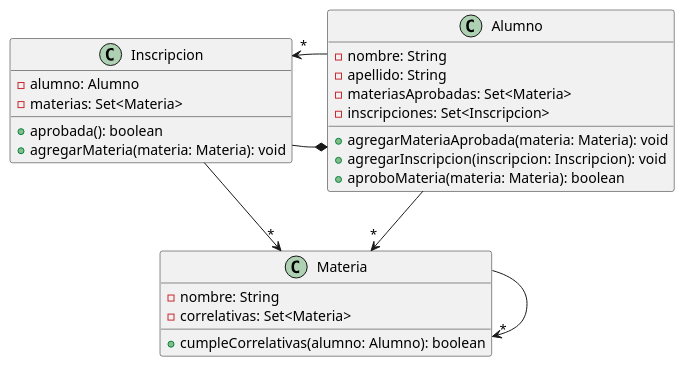
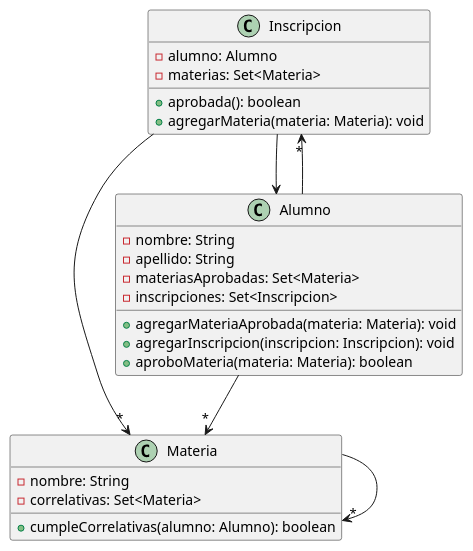
One commit to jbecerra0/validador-de-correlativas-ddsi-utn changed the diagram in src/main/resources/correlativas.puml. Above: the diagram before and after it, drawn with PlantUML. The commit also changed 3 other files, not shown here.

```diff
--- a/src/main/resources/correlativas.puml
+++ b/src/main/resources/correlativas.puml
@@ -1,39 +1,39 @@
 @startuml
 
 class Materia
 class Inscripcion
 class Alumno
 
 Materia --> "*" Materia
 
-Inscripcion -* Alumno
+Inscripcion --> Alumno
 Inscripcion --> "*" Materia
 
 Alumno --> "*" Materia
 Alumno --> "*" Inscripcion
 
 
 class Alumno {
 - nombre: String
 - apellido: String
 - materiasAprobadas: Set<Materia>
 - inscripciones: Set<Inscripcion>
 + agregarMateriaAprobada(materia: Materia): void
 + agregarInscripcion(inscripcion: Inscripcion): void
 + aproboMateria(materia: Materia): boolean
 }
 
 class Inscripcion {
 - alumno: Alumno
 - materias: Set<Materia>
 + aprobada(): boolean
 + agregarMateria(materia: Materia): void
 }
 
 class Materia {
 - nombre: String
 - correlativas: Set<Materia>
 + cumpleCorrelativas(alumno: Alumno): boolean
 }
 
 @enduml
```
